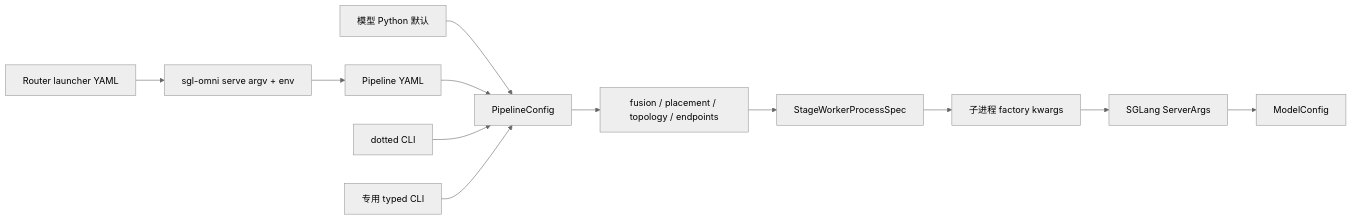
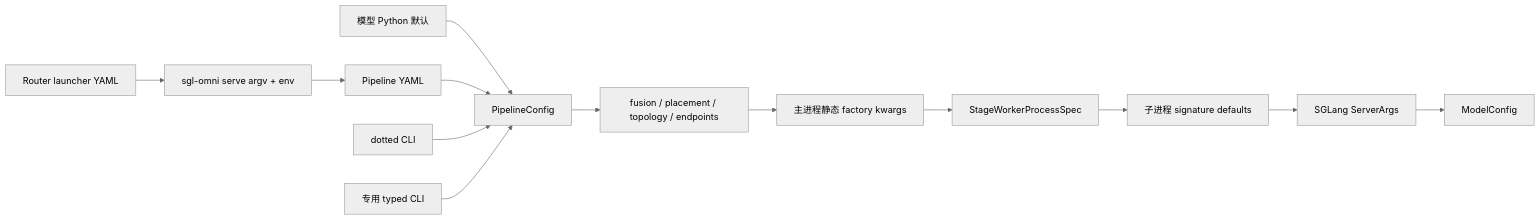
Before and after one commit to PoTaTo-Mika/sglang-omni: the diagram in docs/developer_reference/configuration.md, drawn with Mermaid (neutral theme). The commit also changed other lines of this file and 2 other files, not shown here.

````diff
--- a/docs/developer_reference/configuration.md
+++ b/docs/developer_reference/configuration.md
@@ -20,14 +20,15 @@
 ```mermaid
 flowchart LR
   PythonDefaults["模型 Python 默认"] --> PipelineConfig[PipelineConfig]
   PipelineYaml["Pipeline YAML"] --> PipelineConfig
   DottedCli["dotted CLI"] --> PipelineConfig
   TypedCli["专用 typed CLI"] --> PipelineConfig
   PipelineConfig --> RuntimePlan["fusion / placement / topology / endpoints"]
-  RuntimePlan --> WorkerSpec[StageWorkerProcessSpec]
-  WorkerSpec --> FactoryArgs["子进程 factory kwargs"]
-  FactoryArgs --> ServerArgs[SGLang ServerArgs]
+  RuntimePlan --> FactoryArgs["主进程静态 factory kwargs"]
+  FactoryArgs --> WorkerSpec[StageWorkerProcessSpec]
+  WorkerSpec --> SignatureDefaults["子进程 signature defaults"]
+  SignatureDefaults --> ServerArgs[SGLang ServerArgs]
   ServerArgs --> ModelConfig[ModelConfig]
   RouterYaml["Router launcher YAML"] --> WorkerArgv["sgl-omni serve argv + env"]
   WorkerArgv --> PipelineYaml
 ```
````
